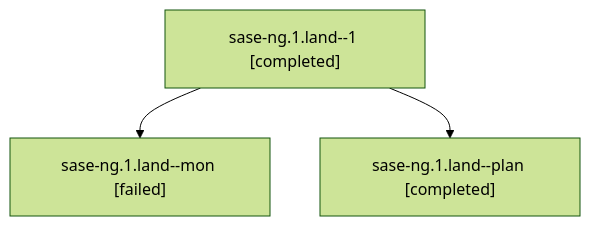
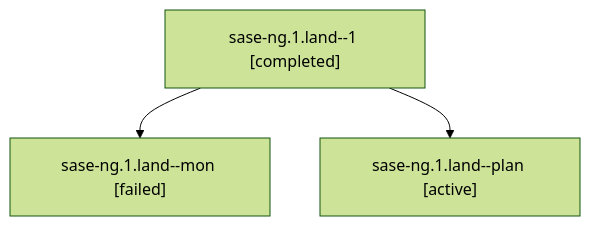
Before and after one commit to sase-org/sase--agents: the diagram in families/bbugyi200.athena.sase-ng.1.land.md, drawn with Mermaid (forest theme). The commit also changed other lines of this file and 35830 other files, not shown here.

````diff
--- a/families/bbugyi200.athena.sase-ng.1.land.md
+++ b/families/bbugyi200.athena.sase-ng.1.land.md
@@ -9,8 +9,8 @@
 ```mermaid
 flowchart TD
   n0["sase-ng.1.land--1 [completed]"]
   n1["sase-ng.1.land--mon [failed]"]
   n0 --> n1
-  n2["sase-ng.1.land--plan [completed]"]
+  n2["sase-ng.1.land--plan [active]"]
   n0 --> n2
 ```
````
